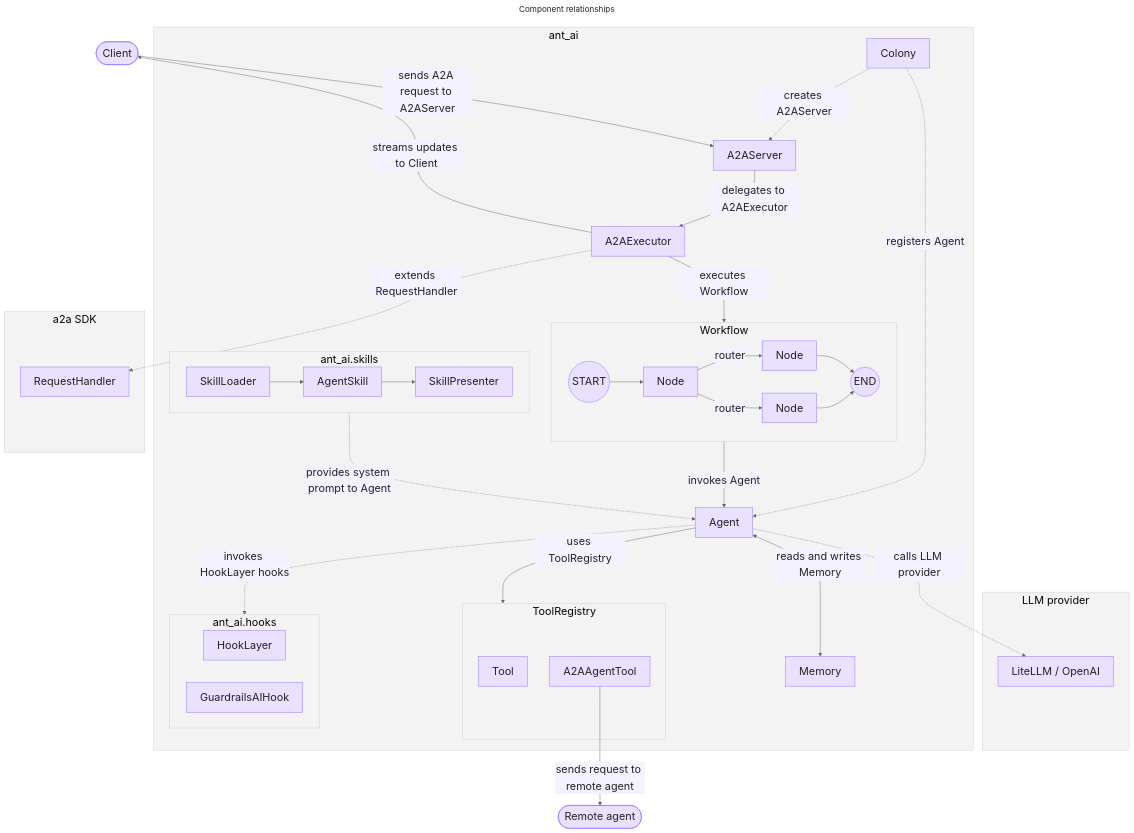
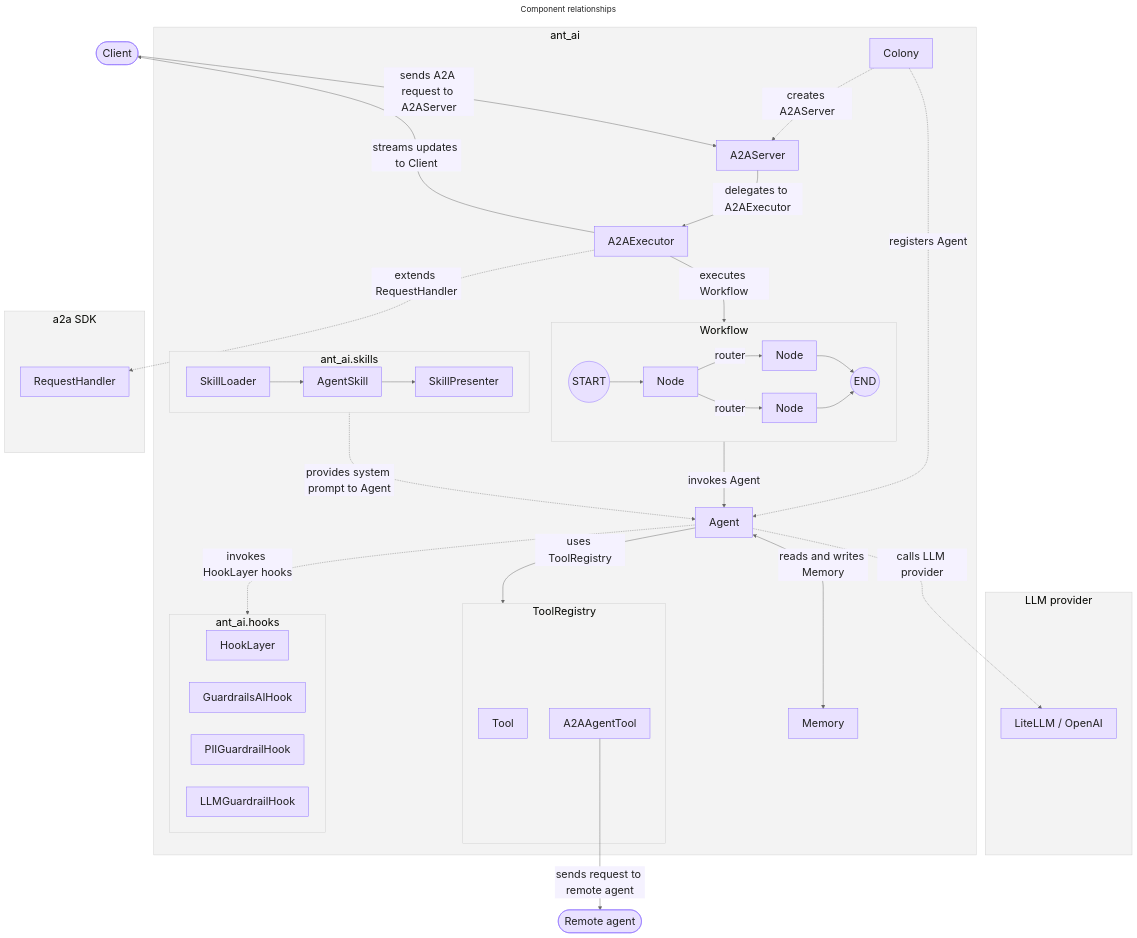
One commit to idea-idsia/ant-ai changed the diagram in docs/docs/architecture/component-relationships.mmd. Above: the diagram before and after it, drawn with Mermaid. The commit also changed 14 other files, not shown here.

```diff
--- a/docs/docs/architecture/component-relationships.mmd
+++ b/docs/docs/architecture/component-relationships.mmd
@@ -1,79 +1,81 @@
 ---
 title: Component relationships
 config:
   theme: base
   themeVariables:
     background: '#ffffff'
     primaryColor: '#E9E1FF'
     primaryTextColor: '#222222'
     primaryBorderColor: '#8B6DFF'
     lineColor: '#666666'
     secondaryColor: '#F5F2FF'
     tertiaryColor: '#FBFAFF'
     clusterBkg: '#F3F3F3'
     clusterBorder: '#CFCFCF'
     fontFamily: 'Inter, Arial, sans-serif'
     fontSize: '24px'
 ---
 flowchart TD
     Client([Client])
     Remote([Remote agent])
 
     subgraph ext_llm[LLM provider]
         LLM[LiteLLM / OpenAI]
     end
 
     subgraph hm[ant_ai]
         Colony[Colony]
         A2AS[A2AServer]
         Exec[A2AExecutor]
         Agent[Agent]
         Memory[Memory]
 
         subgraph reg[ToolRegistry]
             Tool[Tool]
             A2AT[A2AAgentTool]
         end
 
         subgraph wf[Workflow]
             direction LR
             S((START)) --> N1[Node]
             N1 -->|router| N2[Node]
             N1 -->|router| N3[Node]
             N2 --> E((END))
             N3 --> E
         end
 
         subgraph skills[ant_ai.skills]
             direction LR
             SkillLoader[SkillLoader] --> AgentSkill[AgentSkill]
             AgentSkill --> SkillPresenter[SkillPresenter]
         end
 
         subgraph hooks_sub[ant_ai.hooks]
             HookLayer[HookLayer]
             GuardrailsHook[GuardrailsAIHook]
+            PIIHook[PIIGuardrailHook]
+            LLMGuardrail[LLMGuardrailHook]
         end
 
         Colony -.->|creates A2AServer| A2AS
         Colony -.->|registers Agent| Agent
 
         A2AS -->|delegates to A2AExecutor| Exec
         Exec -->|executes Workflow| wf
         wf -->|invokes Agent| Agent
 
         Agent -->|uses ToolRegistry| reg
         SkillPresenter -.->|provides system prompt to Agent| Agent
         Agent <-->|reads and writes Memory| Memory
         Agent -.->|invokes HookLayer hooks| hooks_sub
     end
 
     subgraph ext_a2a[a2a SDK]
         SDK[RequestHandler]
     end
 
     Client -->|sends A2A request to A2AServer| A2AS
     Exec -.->|extends RequestHandler| SDK
     Agent -.->|calls LLM provider| LLM
     A2AT -->|sends request to remote agent| Remote
     Exec -->|streams updates to Client| Client
```
